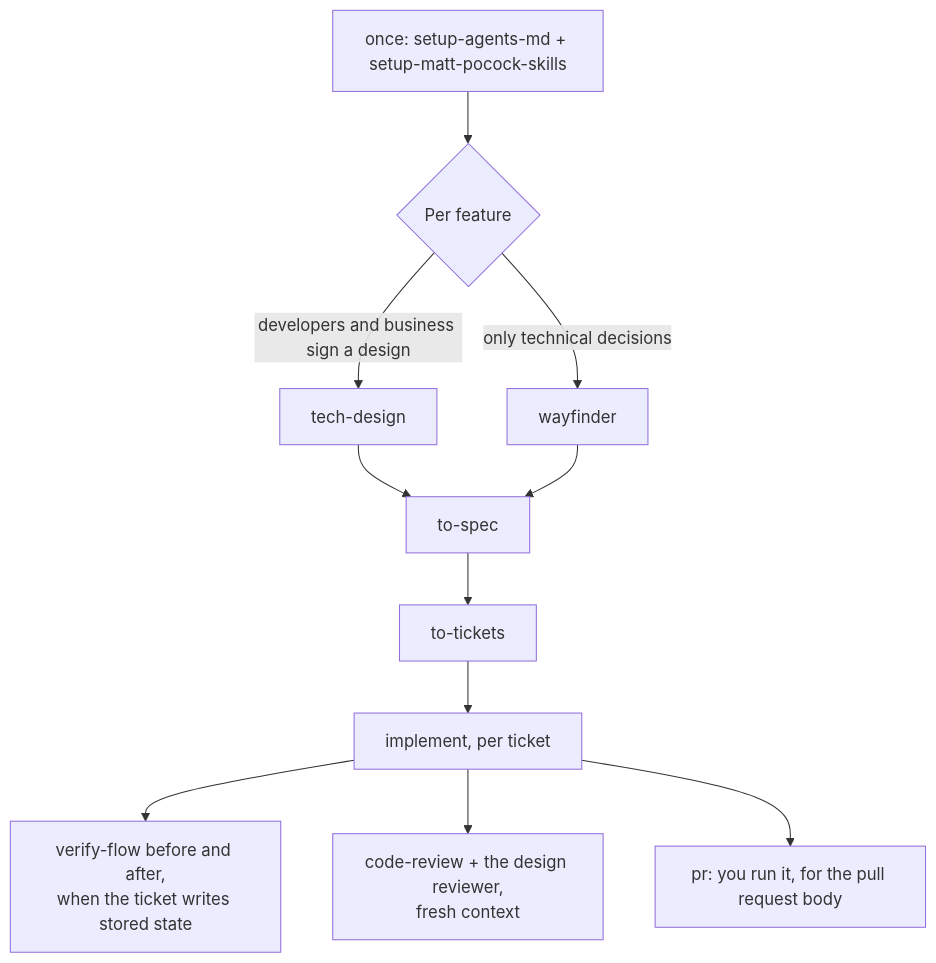
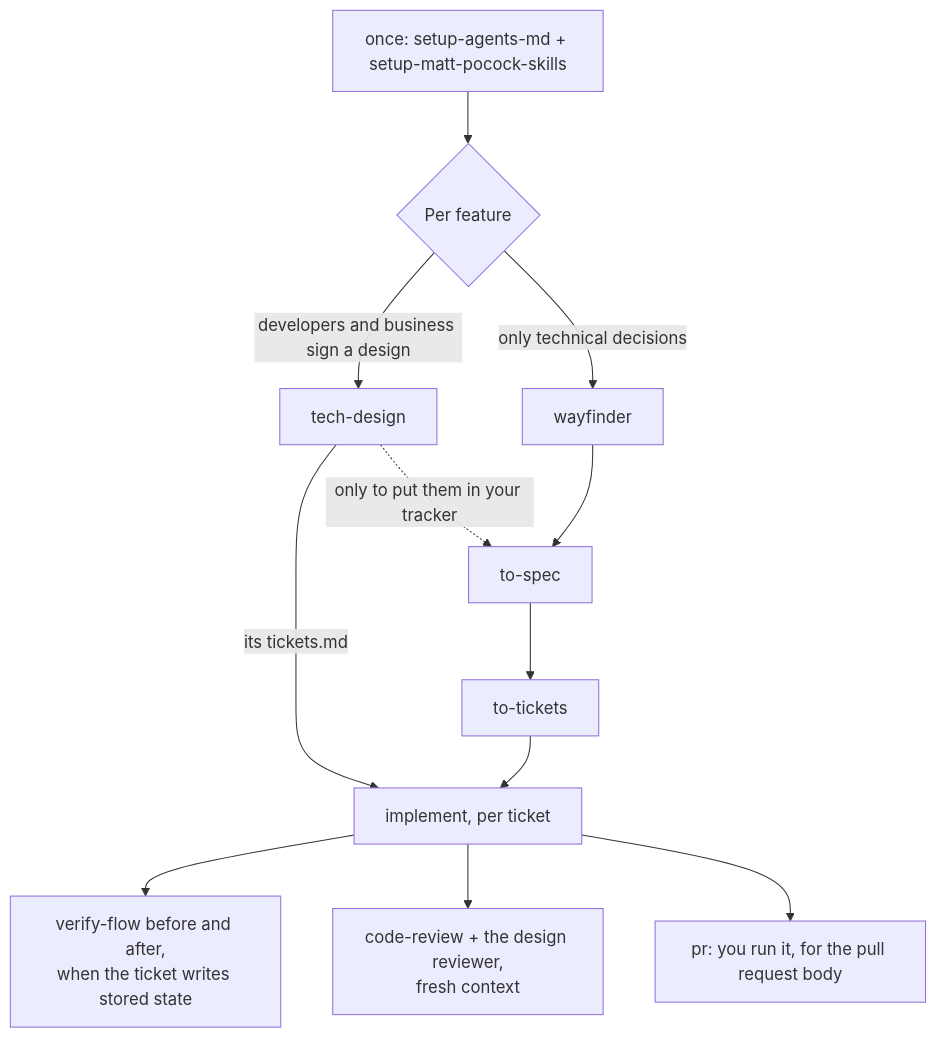
Before and after one commit to svennijhuis/nstack: the second of 2 diagrams in README.md, drawn with Mermaid. The commit also changed other lines of this file, not shown here.

````diff
--- a/README.md
+++ b/README.md
@@ -68,13 +68,14 @@
 ```mermaid
 flowchart TD
     S[once: setup-agents-md + setup-matt-pocock-skills] --> P{Per feature}
     P -->|developers and business sign a design| TD[tech-design]
     P -->|only technical decisions| W[wayfinder]
-    TD --> SP[to-spec]
-    W --> SP
+    TD -->|its tickets.md| IM
+    TD -.->|only to put them in your tracker| SP
+    W --> SP[to-spec]
     SP --> TT[to-tickets]
     TT --> IM[implement, per ticket]
     IM --> V[verify-flow before and after,<br/>when the ticket writes stored state]
     IM --> CR[code-review + the design reviewer,<br/>fresh context]
     IM --> PR[pr: you run it, for the pull request body]
 ```
````
